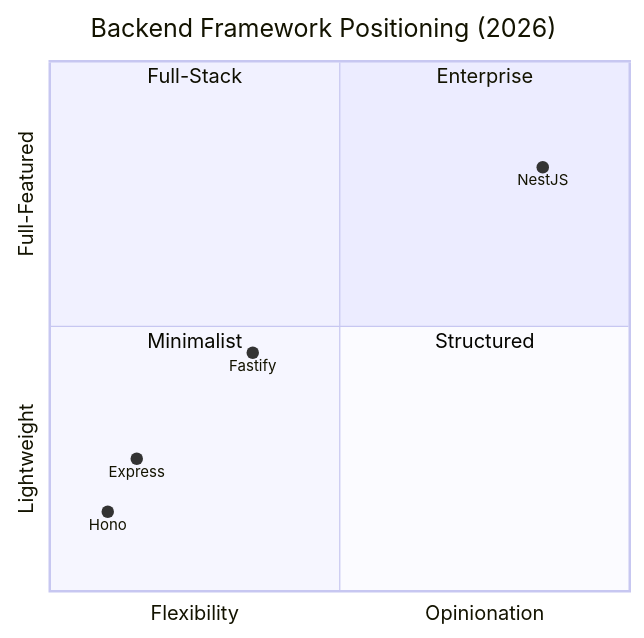
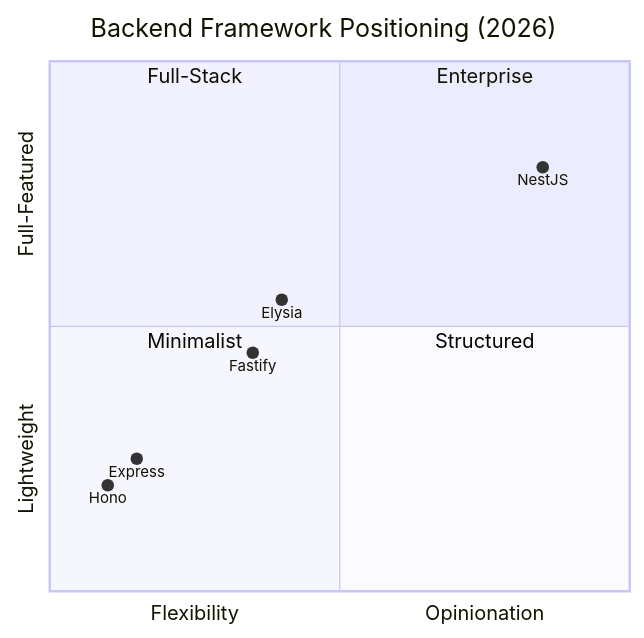
Before and after one commit to TP-Coder-Innovation-Hub/nodejs-typescript-backend: the fourth of 4 diagrams in README.md, drawn with Mermaid. The commit also changed other lines of this file and 1 other file, not shown here.

Commit message:
refactor: shift from Node.js to JS/TS stack with Bun + Elysia/Hono

````diff
--- a/README.md
+++ b/README.md
@@ -432,14 +382,15 @@
 ```mermaid
 quadrantChart
     title Backend Framework Positioning (2026)
     x-axis Flexibility --> Opinionation
     y-axis Lightweight --> Full-Featured
     quadrant-1 "Enterprise"
     quadrant-2 "Full-Stack"
     quadrant-3 "Minimalist"
     quadrant-4 "Structured"
     Express: [0.15, 0.25]
     Fastify: [0.35, 0.45]
-    Hono: [0.10, 0.15]
+    Hono: [0.10, 0.20]
+    Elysia: [0.40, 0.55]
     NestJS: [0.85, 0.80]
 ```
````
